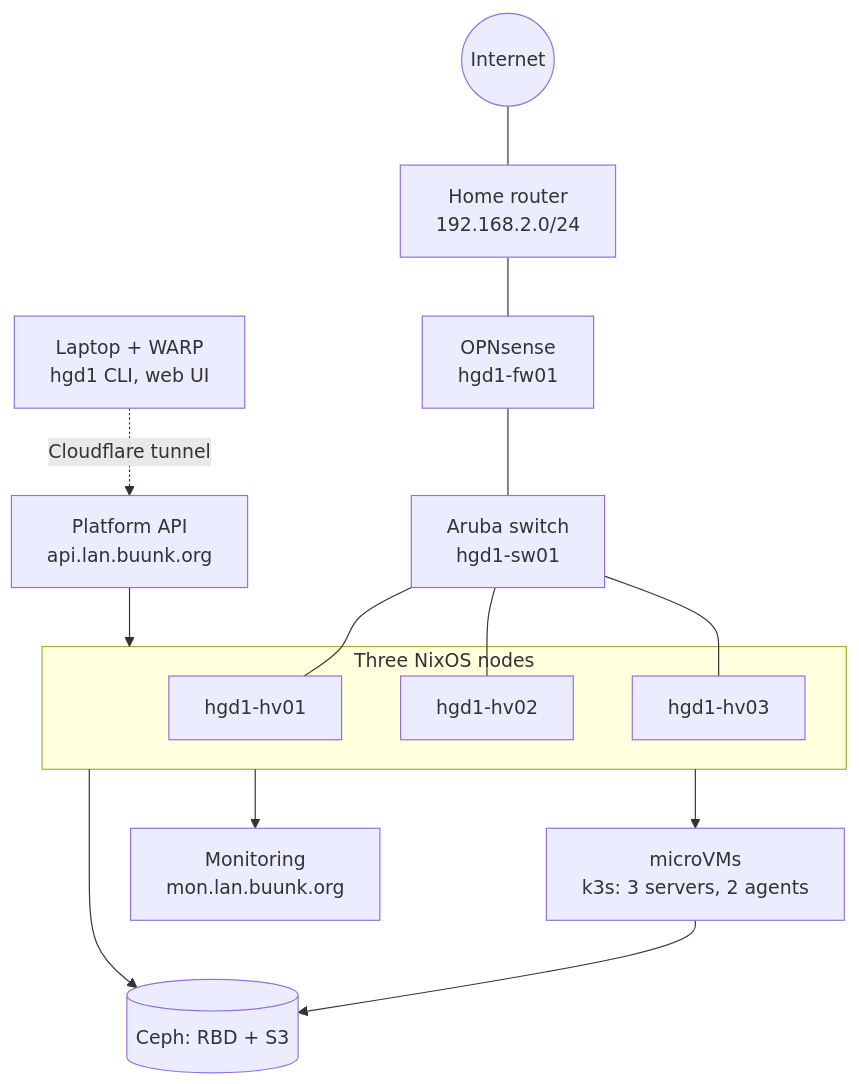
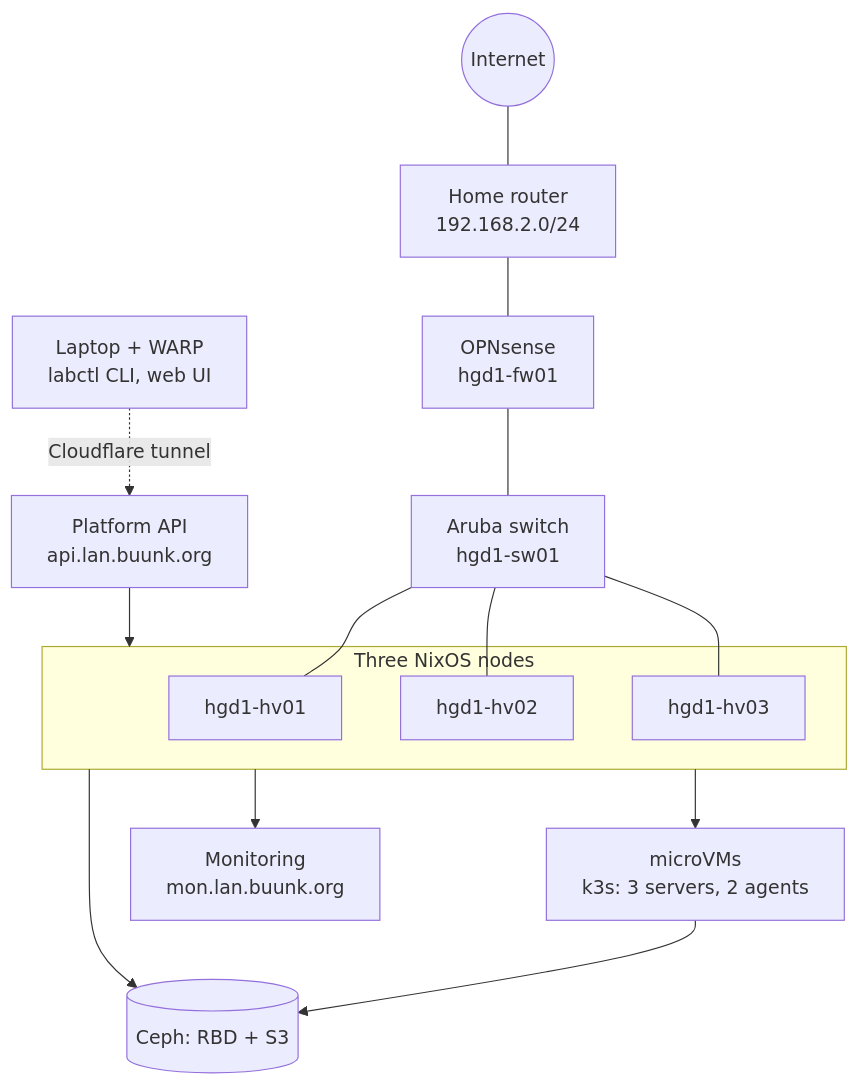
The diagram in docs/index.md (jurrebuunk/nix-cluster), drawn with Mermaid before and after one commit. The commit also changed 21 other files, not shown here.

First line of the commit message:
Docs: the CLI is labctl, built in the clusterd repo

````diff
--- a/docs/index.md
+++ b/docs/index.md
@@ -73,18 +73,18 @@
 ```mermaid
 flowchart TB
   internet((Internet)) --- home[Home router<br/>192.168.2.0/24]
   home --- fw[OPNsense<br/>hgd1-fw01]
   fw --- sw[Aruba switch<br/>hgd1-sw01]
   sw --- hv01[hgd1-hv01] & hv02[hgd1-hv02] & hv03[hgd1-hv03]
   subgraph cluster [Three NixOS nodes]
     hv01
     hv02
     hv03
   end
   cluster --> ceph[(Ceph: RBD + S3)]
   cluster --> vms[microVMs<br/>k3s: 3 servers, 2 agents]
   vms --> ceph
   cluster --> mon[Monitoring<br/>mon.lan.buunk.org]
-  laptop[Laptop + WARP<br/>hgd1 CLI, web UI] -. Cloudflare tunnel .-> api[Platform API<br/>api.lan.buunk.org]
+  laptop[Laptop + WARP<br/>labctl CLI, web UI] -. Cloudflare tunnel .-> api[Platform API<br/>api.lan.buunk.org]
   api --> cluster
 ```
````
